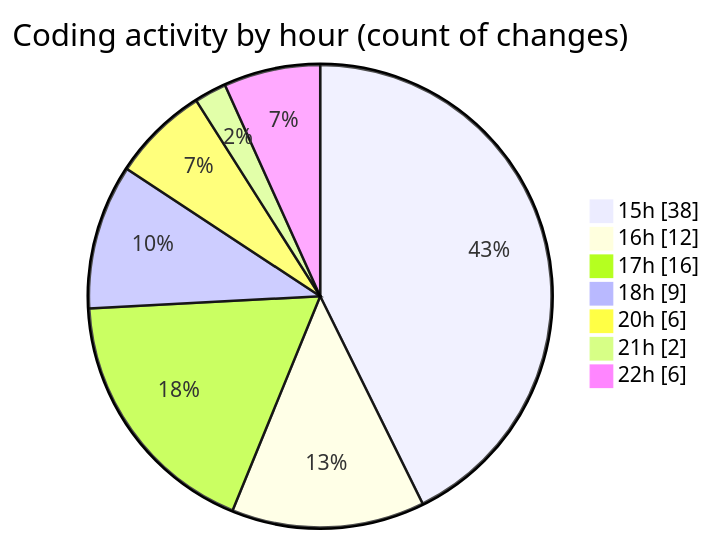
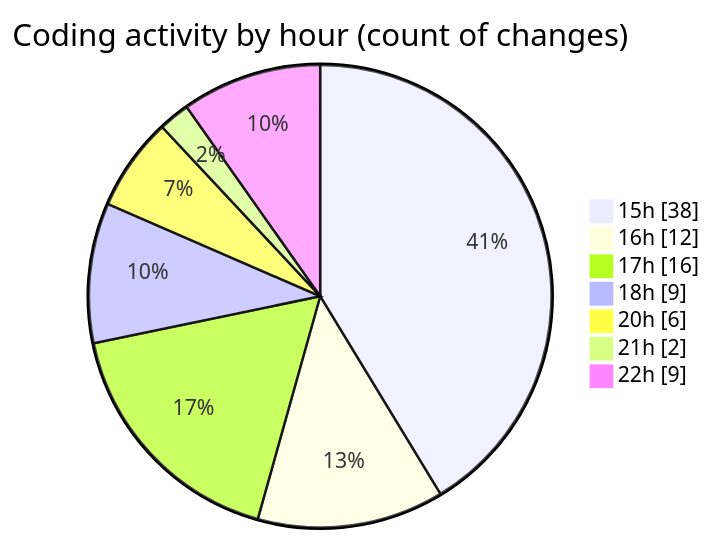
Before and after one commit to nxtqubesakshisongat/code-tracking: the second of 2 diagrams in 2025-09-08/cashcalculator/README.md, drawn with Mermaid. The commit also changed other lines of this file and 1 other file, not shown here.

````diff
--- a/2025-09-08/cashcalculator/README.md
+++ b/2025-09-08/cashcalculator/README.md
@@ -28,11 +28,11 @@
 ```mermaid
 pie showData
 title Coding activity by hour (count of changes)
 "15h" : 38
 "16h" : 12
 "17h" : 16
 "18h" : 9
 "20h" : 6
 "21h" : 2
-"22h" : 6
+"22h" : 9
 ```
````
